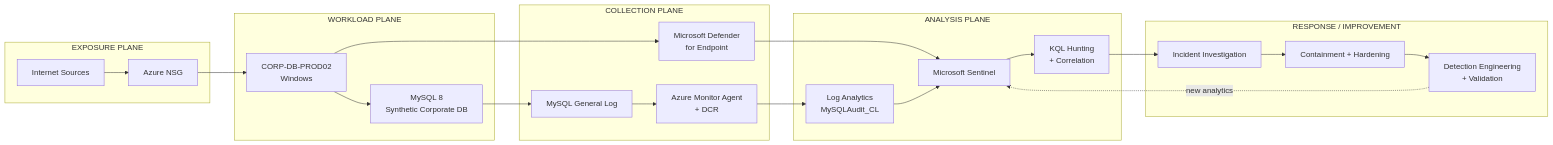
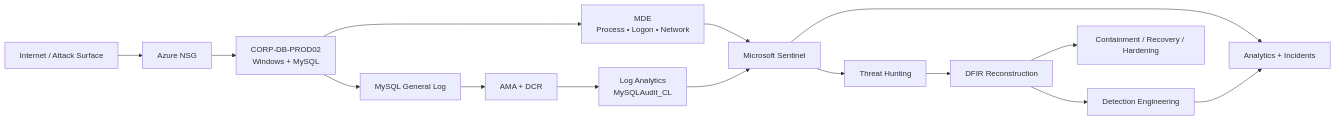
The diagram in README.md (hknapp518/Azure-SQL-Honeypot-DFIR-), drawn with Mermaid before and after one commit. The commit also changed other lines of this file, not shown here.

Commit message:
Condense README and emphasize extortion telemetry and detection tuning

````diff
--- a/README.md
+++ b/README.md
@@ -40,37 +30,17 @@
 ```mermaid
 flowchart LR
-    subgraph E["EXPOSURE PLANE"]
-        I["Internet Sources"]
-        N["Azure NSG"]
-    end
-
-    subgraph W["WORKLOAD PLANE"]
-        V["CORP-DB-PROD02<br/>Windows"]
-        M["MySQL 8<br/>Synthetic Corporate DB"]
-    end
-
-    subgraph C["COLLECTION PLANE"]
-        D["Microsoft Defender<br/>for Endpoint"]
-        G["MySQL General Log"]
-        A["Azure Monitor Agent<br/>+ DCR"]
-    end
-
-    subgraph X["ANALYSIS PLANE"]
-        L["Log Analytics<br/>MySQLAudit_CL"]
-        S["Microsoft Sentinel"]
-        K["KQL Hunting<br/>+ Correlation"]
-    end
-
-    subgraph R["RESPONSE / IMPROVEMENT"]
-        Q["Incident Investigation"]
-        H["Containment + Hardening"]
-        T["Detection Engineering<br/>+ Validation"]
-    end
-
-    I --> N --> V --> M
-    V --> D
-    M --> G --> A --> L
-    D --> S
-    L --> S --> K --> Q --> H --> T
-    T -. "new analytics" .-> S
+    A["Internet / Attack Surface"] --> B["Azure NSG"]
+    B --> C["CORP-DB-PROD02<br/>Windows + MySQL"]
+    C --> D["MDE<br/>Process • Logon • Network"]
+    C --> E["MySQL General Log"]
+    E --> F["AMA + DCR"]
+    F --> G["Log Analytics<br/>MySQLAudit_CL"]
+    D --> H["Microsoft Sentinel"]
+    G --> H
+    H --> I["Threat Hunting"]
+    H --> J["Analytics + Incidents"]
+    I --> K["DFIR Reconstruction"]
+    K --> L["Detection Engineering"]
+    L --> J
+    K --> M["Containment / Recovery / Hardening"]
 ```
````
